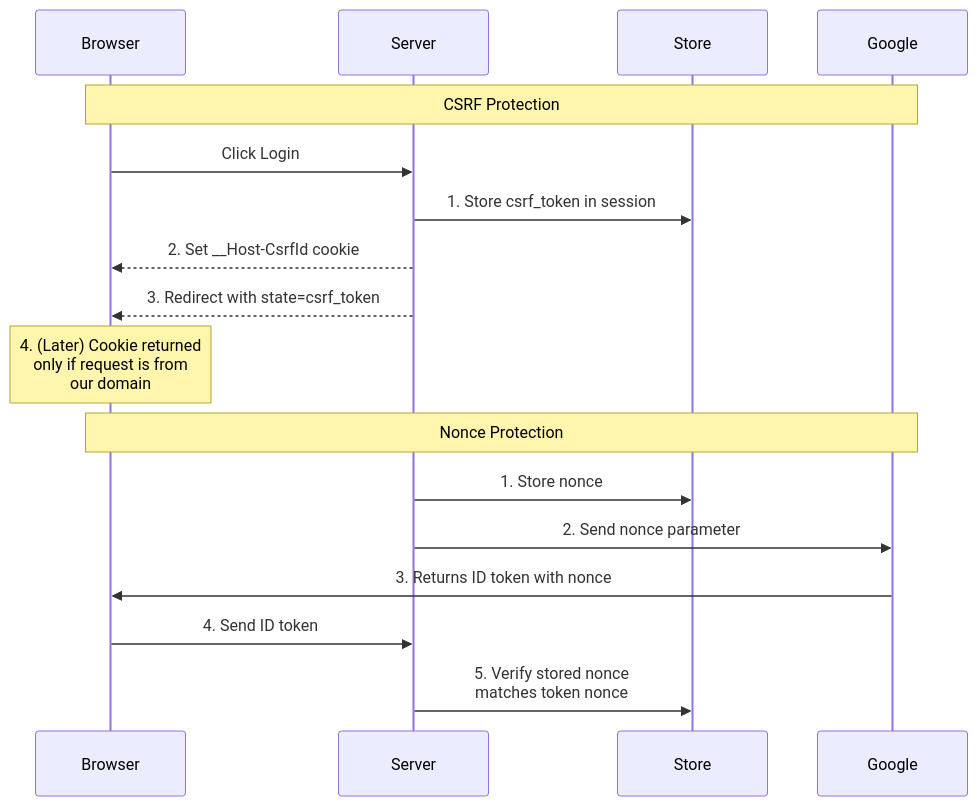
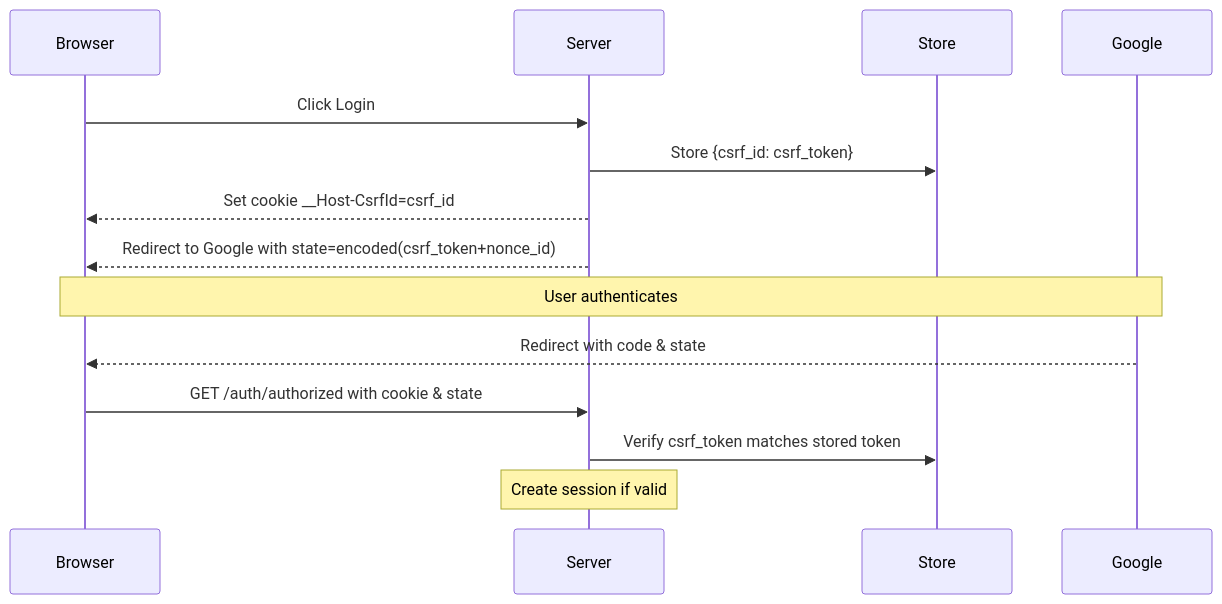
One commit to ktaka-ccmp/ktaka.blog.ccmp.jp changed the third of 4 diagrams in 2024/Axum-Google-OAuth2-Login/Readme.en.md. Above: the diagram before and after it, drawn with Mermaid. The commit also changed other lines of this file, not shown here.

````diff
--- a/2024/Axum-Google-OAuth2-Login/Readme.en.md
+++ b/2024/Axum-Google-OAuth2-Login/Readme.en.md
@@ -318,21 +323,17 @@
 ```mermaid
 sequenceDiagram
     participant Browser
     participant Server
     participant Store
     participant Google
 
-    Note over Browser,Google: CSRF Protection
     Browser->>Server: Click Login
-    Server->>Store: 1. Store csrf_token in session
-    Server-->>Browser: 2. Set __Host-CsrfId cookie
-    Server-->>Browser: 3. Redirect with state=csrf_token
-    Note over Browser: 4. (Later) Cookie returned<br/>only if request is from<br/>our domain
-
-    Note over Browser,Google: Nonce Protection
-    Server->>Store: 1. Store nonce
-    Server->>Google: 2. Send nonce parameter
-    Google->>Browser: 3. Returns ID token with nonce
-    Browser->>Server: 4. Send ID token
-    Server->>Store: 5. Verify stored nonce<br/>matches token nonce
+    Server->>Store: Store {csrf_id: csrf_token}
+    Server-->>Browser: Set cookie __Host-CsrfId=csrf_id
+    Server-->>Browser: Redirect to Google with state=encoded(csrf_token+nonce_id)
+    Note over Browser,Google: User authenticates
+    Google-->>Browser: Redirect with code & state
+    Browser->>Server: GET /auth/authorized with cookie & state
+    Server->>Store: Verify csrf_token matches stored token
+    Note over Server: Create session if valid
 ```
````
